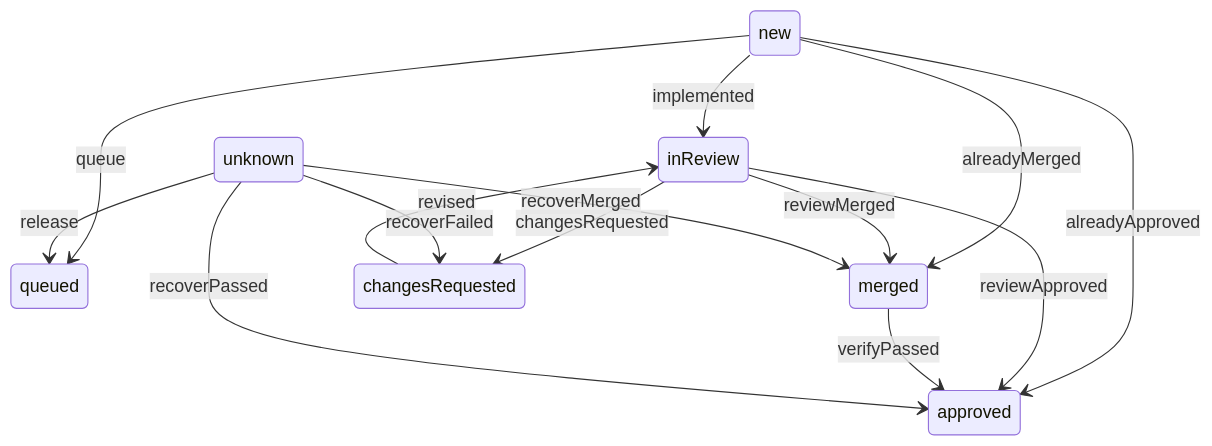
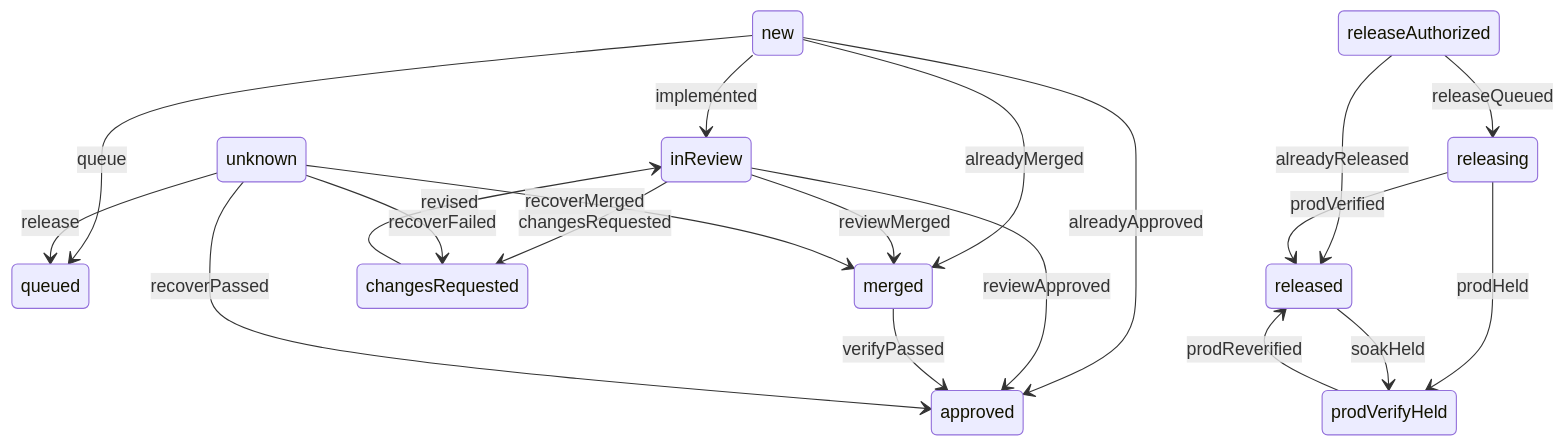
Before and after one commit to xrgarcia/slashbin-ai-foreman: the diagram in docs/lifecycle.md, drawn with Mermaid. The commit also changed other lines of this file and 8 other files, not shown here.

````diff
--- a/docs/lifecycle.md
+++ b/docs/lifecycle.md
@@ -60,16 +69,22 @@
 ```mermaid
 stateDiagram-v2
   new --> queued: queue
   new --> inReview: implemented
   new --> approved: alreadyApproved
   new --> merged: alreadyMerged
   inReview --> approved: reviewApproved
   inReview --> merged: reviewMerged
   inReview --> changesRequested: changesRequested
   changesRequested --> inReview: revised
   merged --> approved: verifyPassed
   unknown --> approved: recoverPassed
   unknown --> changesRequested: recoverFailed
   unknown --> merged: recoverMerged
   unknown --> queued: release
+  releaseAuthorized --> releasing: releaseQueued
+  releaseAuthorized --> released: alreadyReleased
+  releasing --> released: prodVerified
+  releasing --> prodVerifyHeld: prodHeld
+  prodVerifyHeld --> released: prodReverified
+  released --> prodVerifyHeld: soakHeld
 ```
````
